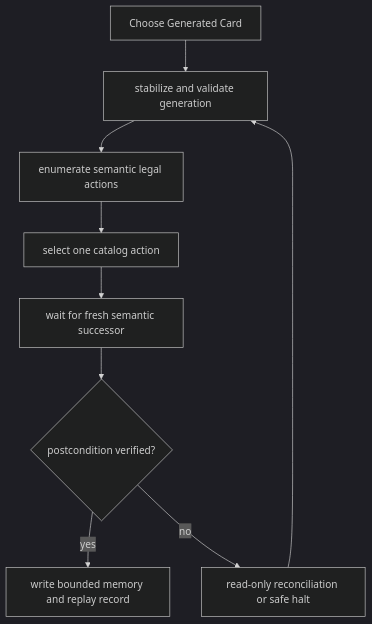
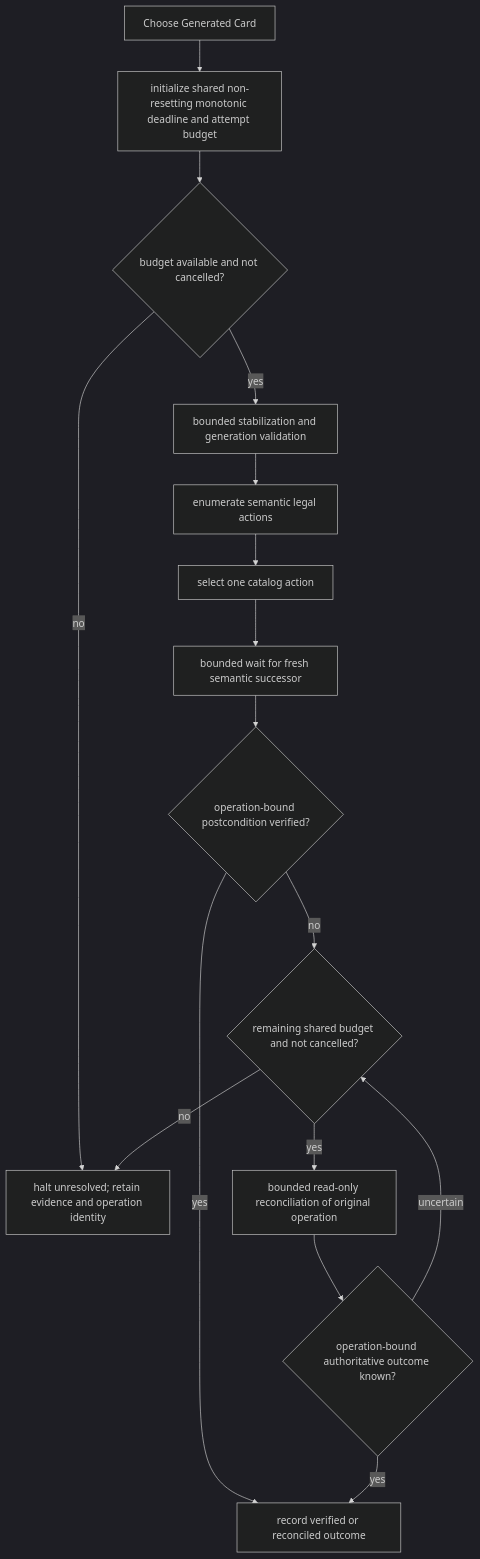
The diagram in docs/research/sts2-expert-state-package/diagrams/states/choose_generated_card.mmd (AI-Ascension/sts2-harness), drawn with Mermaid (dark theme) before and after one commit. The commit also changed 135 other files, not shown here.

Commit message:
fix(research): bound generated recovery and halt unresolved outcomes

```diff
--- a/docs/research/sts2-expert-state-package/diagrams/states/choose_generated_card.mmd
+++ b/docs/research/sts2-expert-state-package/diagrams/states/choose_generated_card.mmd
@@ -1,11 +1,19 @@
 %% Generated by sts2-expert-state-package-generator/1; requirements baseline only.
 flowchart TD
-    E["Choose Generated Card"] --> B["stabilize and validate generation"]
+    E["Choose Generated Card"] --> I["initialize shared non-resetting monotonic deadline and attempt budget"]
+    I --> Q{"budget available and not cancelled?"}
+    Q -->|no| H["halt unresolved; retain evidence and operation identity"]
+    Q -->|yes| B["bounded stabilization and generation validation"]
     B --> L["enumerate semantic legal actions"]
     L --> X["select one catalog action"]
-    X --> W["wait for fresh semantic successor"]
-    W --> V{"postcondition verified?"}
-    V -->|yes| M["write bounded memory and replay record"]
-    V -->|no| R["read-only reconciliation or safe halt"]
-    R --> B
+    X --> W["bounded wait for fresh semantic successor"]
+    W --> V{"operation-bound postcondition verified?"}
+    V -->|yes| M["record verified or reconciled outcome"]
+    V -->|no| C{"remaining shared budget and not cancelled?"}
+    C -->|no| H
+    C -->|yes| R["bounded read-only reconciliation of original operation"]
+    R --> K{"operation-bound authoritative outcome known?"}
+    K -->|yes| M
+    K -->|uncertain| C
+    %% No recovery edge returns to action selection; halt has no outgoing edge.
     %% Stable node key: choose_generated_card
```
